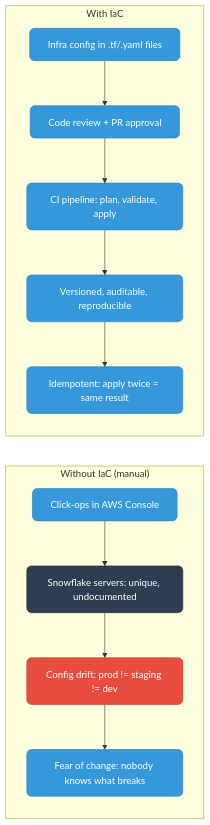
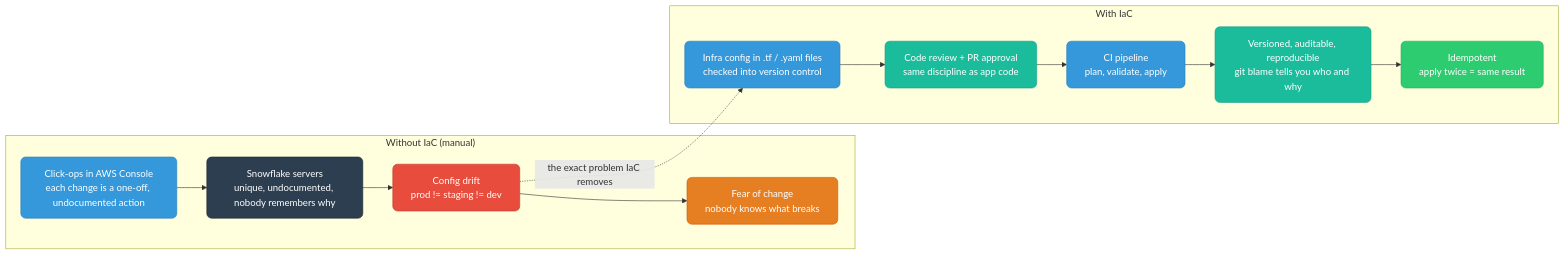
Before and after one commit to deepanshu-rawat6/DevOpsIndex: the first of 9 diagrams in iac/README.md, drawn with Mermaid. The commit also changed other lines of this file and 17 other files, not shown here.

````diff
--- a/iac/README.md
+++ b/iac/README.md
@@ -9,25 +14,27 @@
 ```mermaid
 graph LR
     classDef blue fill:#3498db,stroke:#2980b9,color:#fff,rx:8
     classDef green fill:#2ecc71,stroke:#27ae60,color:#fff,rx:8
     classDef red fill:#e74c3c,stroke:#c0392b,color:#fff,rx:8
     classDef orange fill:#e67e22,stroke:#d35400,color:#fff,rx:8
     classDef purple fill:#9b59b6,stroke:#8e44ad,color:#fff,rx:8
     classDef teal fill:#1abc9c,stroke:#16a085,color:#fff,rx:8
     classDef dark fill:#2c3e50,stroke:#1a252f,color:#fff,rx:8
     classDef yellow fill:#f39c12,stroke:#d68910,color:#000,rx:8
     classDef k8s fill:#326ce5,stroke:#254ea8,color:#fff,rx:8
     classDef aws fill:#ff9900,stroke:#cc7a00,color:#000,rx:8
     subgraph WithoutIaC["Without IaC (manual)"]
-        CONSOLE["Click-ops in AWS Console"]:::blue --> SNOWFLAKE["Snowflake servers: unique, undocumented"]:::dark
-        SNOWFLAKE --> DRIFT["Config drift: prod != staging != dev"]:::red
-        DRIFT --> FEAR["Fear of change: nobody knows what breaks"]:::blue
+        CONSOLE["Click-ops in AWS Console<br/>each change is a one-off, undocumented action"]:::blue --> SNOWFLAKE["Snowflake servers<br/>unique, undocumented, nobody remembers why"]:::dark
+        SNOWFLAKE --> DRIFT["Config drift<br/>prod != staging != dev"]:::red
+        DRIFT --> FEAR["Fear of change<br/>nobody knows what breaks"]:::orange
     end
 
     subgraph WithIaC["With IaC"]
-        CODE["Infra config in .tf/.yaml files"]:::blue --> PR["Code review + PR approval"]:::blue
-        PR --> PIPELINE["CI pipeline: plan, validate, apply"]:::blue
-        PIPELINE --> VERSIONED["Versioned, auditable, reproducible"]:::blue
-        VERSIONED --> IDEMPOTENT["Idempotent: apply twice = same result"]:::blue
+        CODE["Infra config in .tf / .yaml files<br/>checked into version control"]:::blue --> PR["Code review + PR approval<br/>same discipline as app code"]:::teal
+        PR --> PIPELINE["CI pipeline<br/>plan, validate, apply"]:::blue
+        PIPELINE --> VERSIONED["Versioned, auditable, reproducible<br/>git blame tells you who and why"]:::teal
+        VERSIONED --> IDEMPOTENT["Idempotent<br/>apply twice = same result"]:::green
     end
+
+    DRIFT -.->|"the exact problem IaC removes"| CODE
 ```
````
